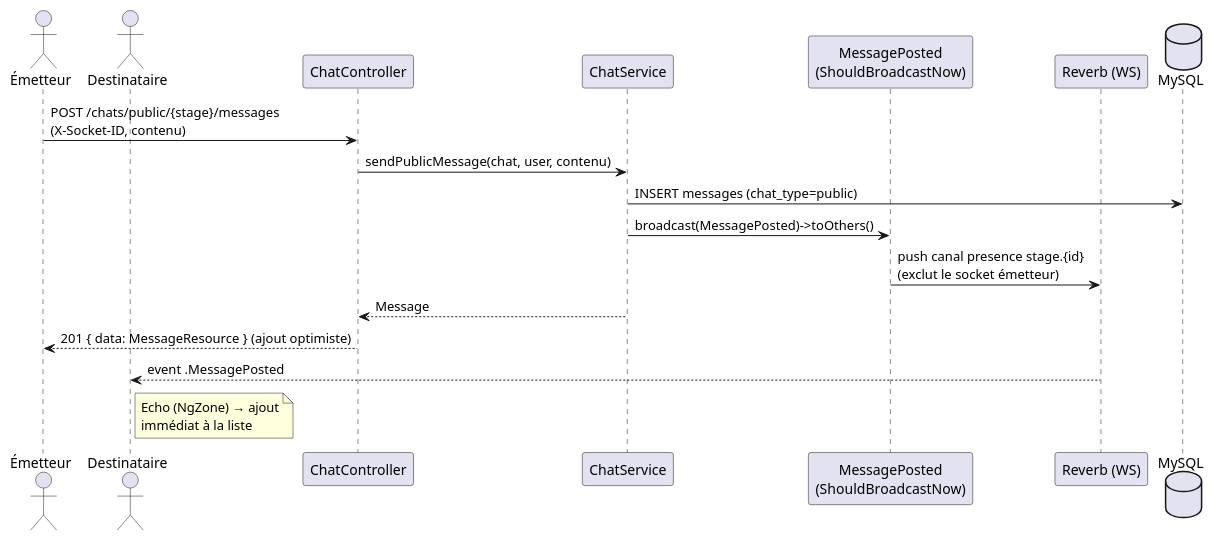
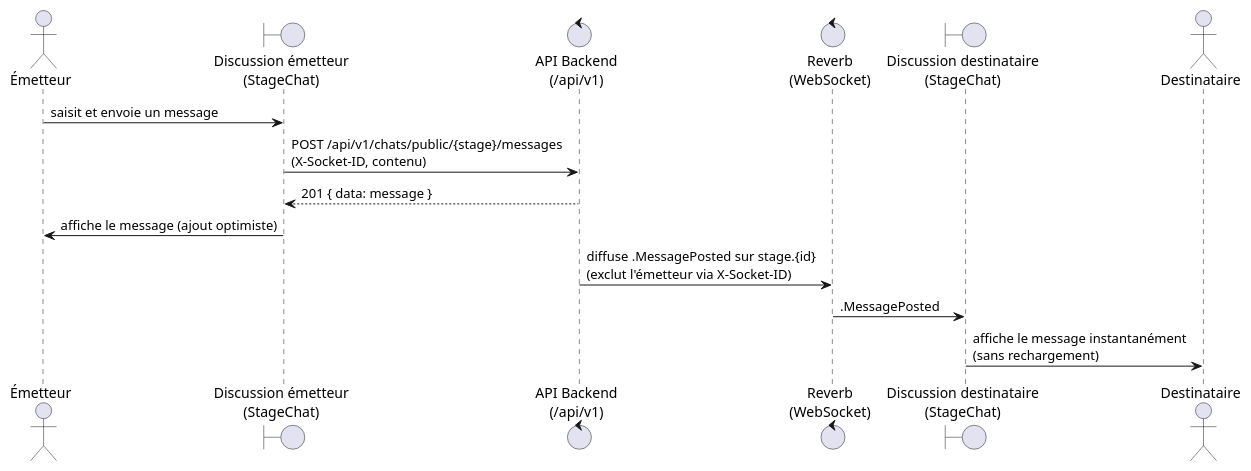
One commit to CyberCodeCracker/pfa changed the third of 5 diagrams in SPRINT_3_Dashboarding_Messagerie_Notifications_UIUX.md. Above: the diagram before and after it, drawn with PlantUML. The commit also changed other lines of this file and 8 other files, not shown here.

Commit message:
Improved stage creation ux by tying selected niveau etude with the internship type

````diff
--- a/SPRINT_3_Dashboarding_Messagerie_Notifications_UIUX.md
+++ b/SPRINT_3_Dashboarding_Messagerie_Notifications_UIUX.md
@@ -236,21 +236,18 @@
 ```plantuml
 @startuml SEQ_Sprint3_RealtimeChat
 actor "Émetteur" as A
+boundary "Discussion émetteur\n(StageChat)" as ChatA
+control "API Backend\n(/api/v1)" as API
+control "Reverb\n(WebSocket)" as WS
+boundary "Discussion destinataire\n(StageChat)" as ChatB
 actor "Destinataire" as B
-participant "ChatController" as Ctrl
-participant "ChatService" as Svc
-participant "MessagePosted\n(ShouldBroadcastNow)" as Evt
-participant "Reverb (WS)" as WS
-database "MySQL" as DB
 
-A -> Ctrl : POST /chats/public/{stage}/messages\n(X-Socket-ID, contenu)
-Ctrl -> Svc : sendPublicMessage(chat, user, contenu)
-Svc -> DB : INSERT messages (chat_type=public)
-Svc -> Evt : broadcast(MessagePosted)->toOthers()
-Evt -> WS : push canal presence stage.{id}\n(exclut le socket émetteur)
-Svc --> Ctrl : Message
-Ctrl --> A : 201 { data: MessageResource } (ajout optimiste)
-WS --> B : event .MessagePosted
-note right of B : Echo (NgZone) → ajout\nimmédiat à la liste
+A -> ChatA : saisit et envoie un message
+ChatA -> API : POST /api/v1/chats/public/{stage}/messages\n(X-Socket-ID, contenu)
+API --> ChatA : 201 { data: message }
+ChatA -> A : affiche le message (ajout optimiste)
+API -> WS : diffuse .MessagePosted sur stage.{id}\n(exclut l'émetteur via X-Socket-ID)
+WS -> ChatB : .MessagePosted
+ChatB -> B : affiche le message instantanément\n(sans rechargement)
 @enduml
 ```
````
